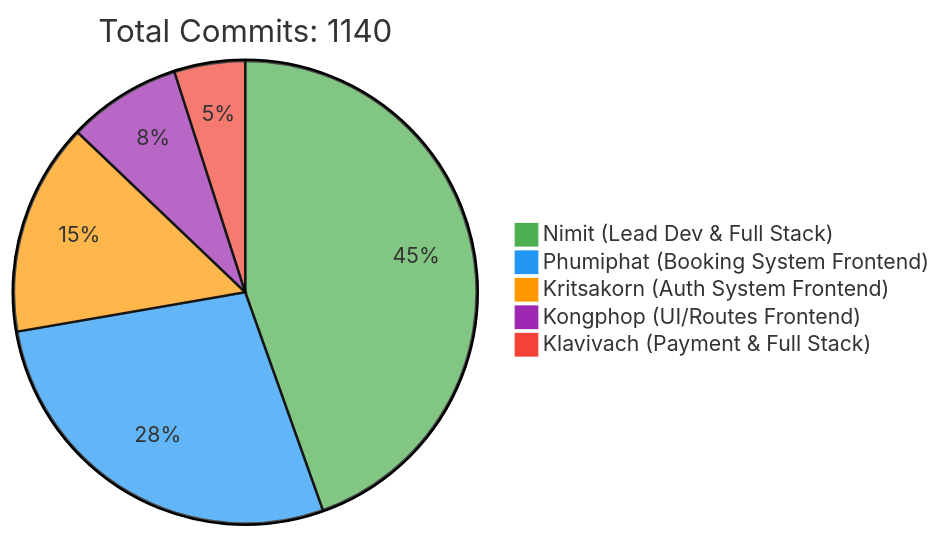
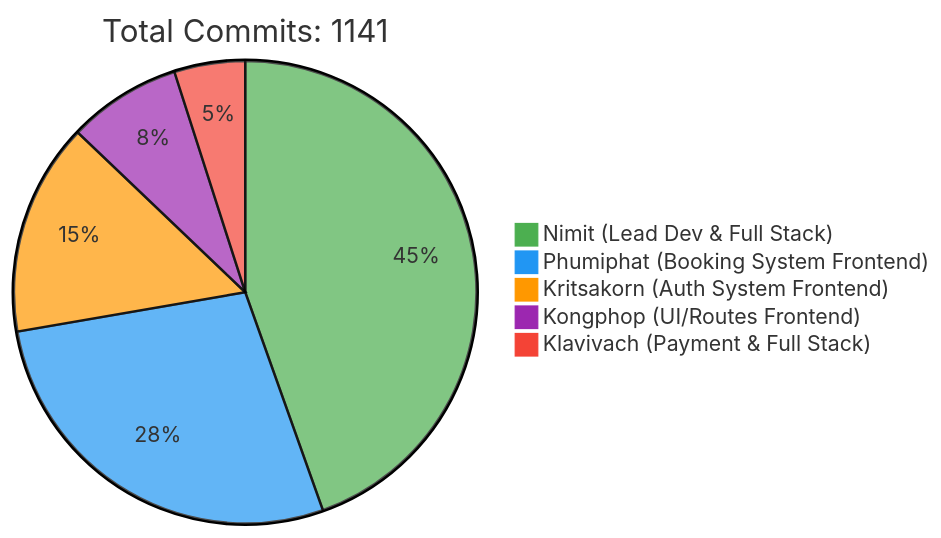
The first of 2 diagrams in README.md (6531503042/Sport-Complex), drawn with Mermaid before and after one commit. The commit also changed other lines of this file, not shown here.

Commit message:
docs: Update contributor statistics [skip ci]

````diff
--- a/README.md
+++ b/README.md
@@ -257,10 +257,10 @@
 ```mermaid
 %%{init: {'theme': 'base', 'themeVariables': { 'pie1': '#4CAF50', 'pie2': '#2196F3', 'pie3': '#FF9800', 'pie4': '#9C27B0', 'pie5': '#F44336'}}}%%
 pie
-    title Total Commits: 1140
+    title Total Commits: 1141
     "Nimit (Lead Dev & Full Stack)" : 450
     "Phumiphat (Booking System Frontend)" : 280
     "Kritsakorn (Auth System Frontend)" : 150
     "Kongphop (UI/Routes Frontend)" : 80
     "Klavivach (Payment & Full Stack)" : 50
 ```
````
